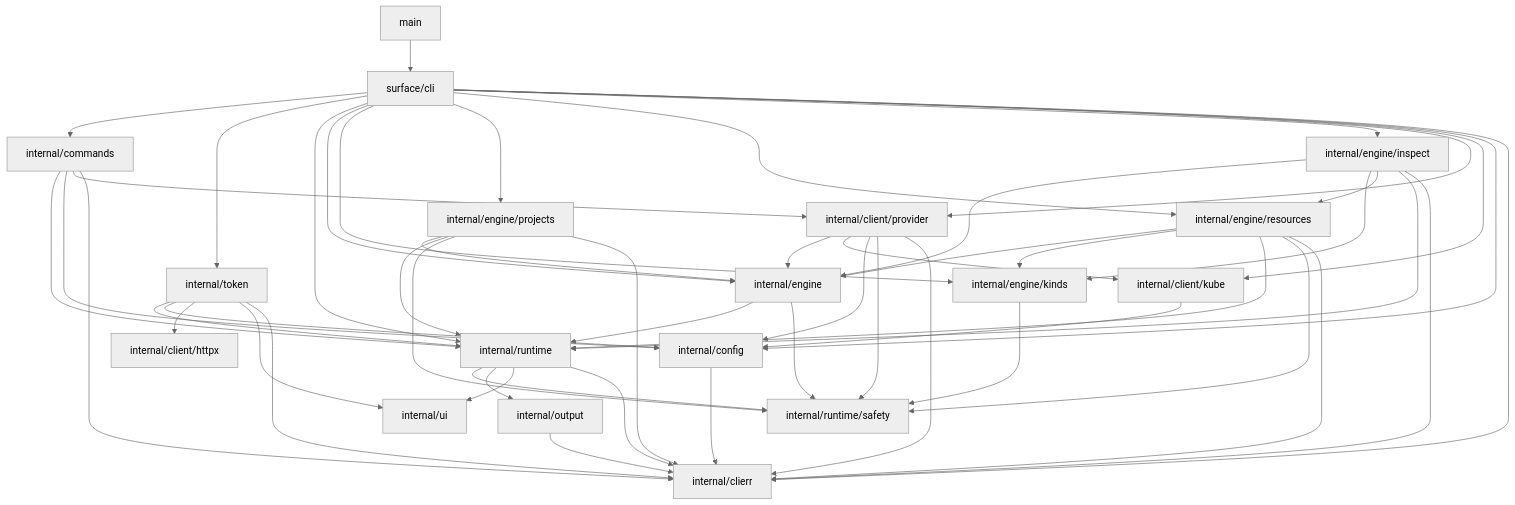
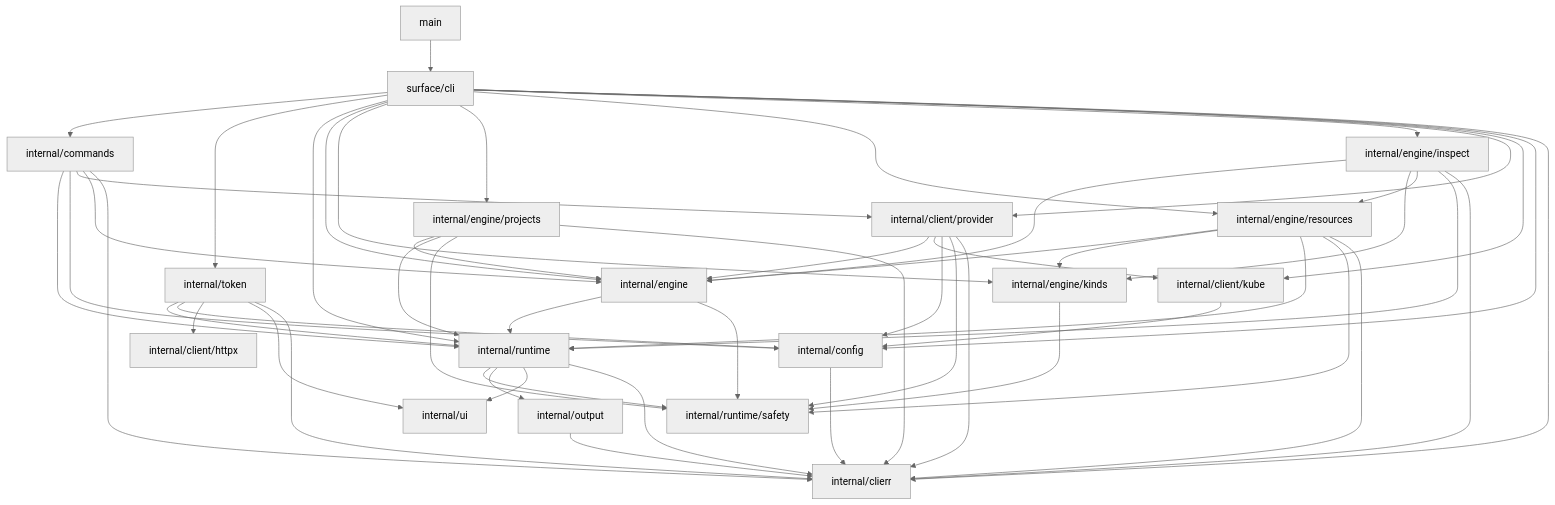
One commit to rancher/rancher-cli changed the diagram in ARCHITECTURE.md. Above: the diagram before and after it, drawn with Mermaid (neutral theme). The commit also changed other lines of this file and 8 other files, not shown here.

```diff
--- a/ARCHITECTURE.md
+++ b/ARCHITECTURE.md
@@ -100,6 +103,7 @@
     commands --> runtime
     commands --> config
     commands --> provider
+    commands --> engine
     commands --> clierr
 
     token --> runtime
```
